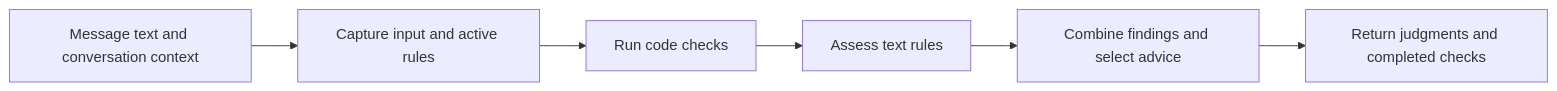
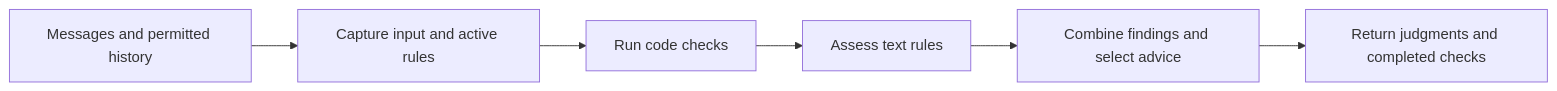
One commit to social-harness/moltzap changed the first of 2 diagrams in packages/social-harness/src/firewall/README.md. Above: the diagram before and after it, drawn with Mermaid. The commit also changed other lines of this file and 3 other files, not shown here.

````diff
--- a/packages/social-harness/src/firewall/README.md
+++ b/packages/social-harness/src/firewall/README.md
@@ -9,8 +8,8 @@
 ```mermaid
 flowchart LR
-  A[Message text and conversation context] --> B[Capture input and active rules]
+  A[Messages and permitted history] --> B[Capture input and active rules]
   B --> C[Run code checks]
   C --> D[Assess text rules]
   D --> E[Combine findings and select advice]
   E --> F[Return judgments and completed checks]
 ```
````
